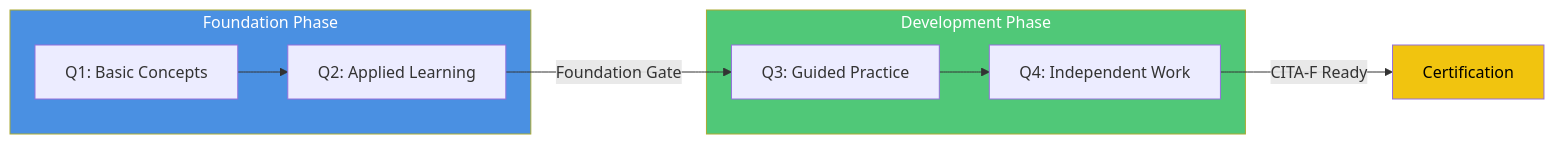
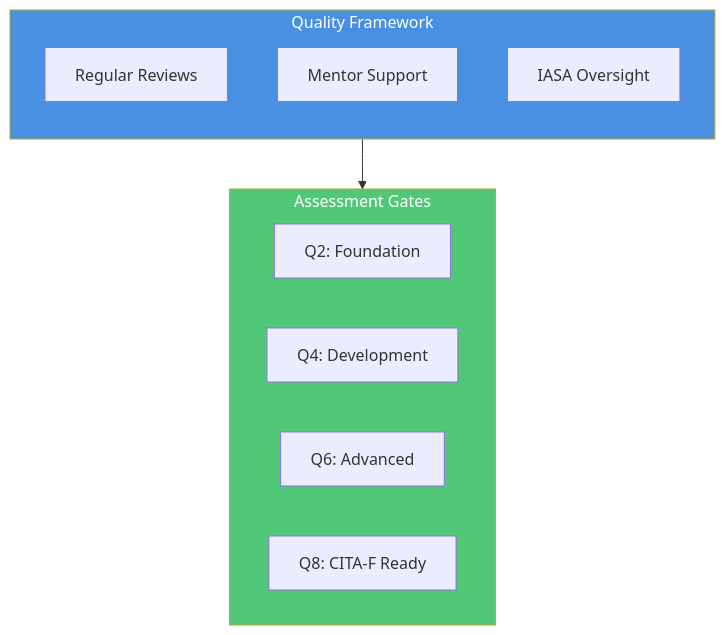
Before and after one commit to AliceNN-ucdenver/Iasa: the third of 4 diagrams in teaching-firms.md, drawn with Mermaid. The commit also changed other lines of this file, not shown here.

````diff
--- a/teaching-firms.md
+++ b/teaching-firms.md
@@ -93,21 +162,21 @@
 ```mermaid
-graph LR
-    subgraph FP["Foundation Phase"]
-        Q1["Q1: Basic Concepts"]
-        Q2["Q2: Applied Learning"]
+graph TB
+    subgraph QF["Quality Framework"]
+        direction TB
+        Review["Regular Reviews"]
+        Mentor["Mentor Support"]
+        IASA["IASA Oversight"]
     end
-
-    subgraph DP["Development Phase"]
-        Q3["Q3: Guided Practice"]
-        Q4["Q4: Independent Work"]
+    
+    subgraph Gates["Assessment Gates"]
+        G1["Q2: Foundation"]
+        G2["Q4: Development"]
+        G3["Q6: Advanced"]
+        G4["Q8: CITA-F Ready"]
     end
-
-    Q1 --> Q2
-    Q2 --> |"Foundation Gate"| Q3
-    Q3 --> Q4
-    Q4 --> |"CITA-F Ready"| Cert["Certification"]
-
-    style FP fill:#4a90e2,color:white
-    style DP fill:#50c878,color:white
-    style Cert fill:#f1c40f,color:black
+    
+    QF --> Gates
+    
+    style QF fill:#4a90e2,color:white
+    style Gates fill:#50c878,color:white
 ```
````
